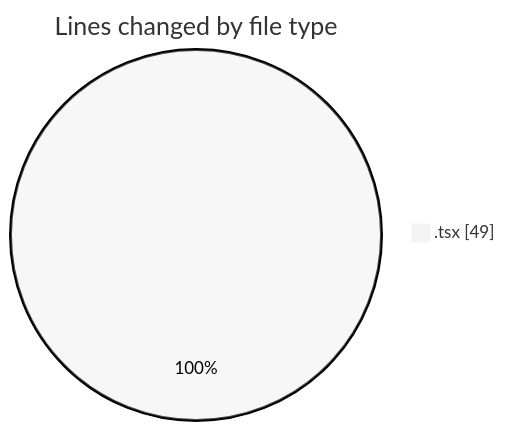
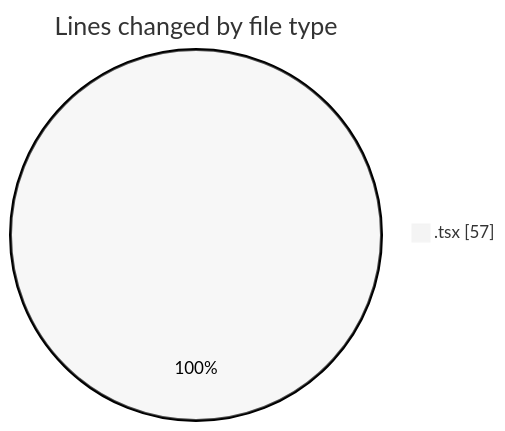
The first of 2 diagrams in 2025-11-18/cda/README.md (momahboobian/code-tracking), drawn with Mermaid (neutral theme) before and after one commit. The commit also changed other lines of this file and 1 other file, not shown here.

````diff
--- a/2025-11-18/cda/README.md
+++ b/2025-11-18/cda/README.md
@@ -21,5 +21,5 @@
 ```mermaid
 pie showData
 title Lines changed by file type
-".tsx" : 49
+".tsx" : 57
 ```
````
